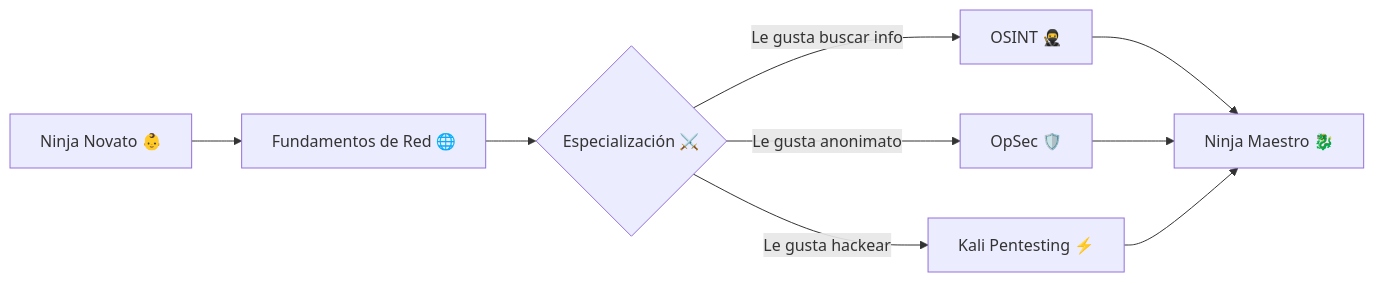
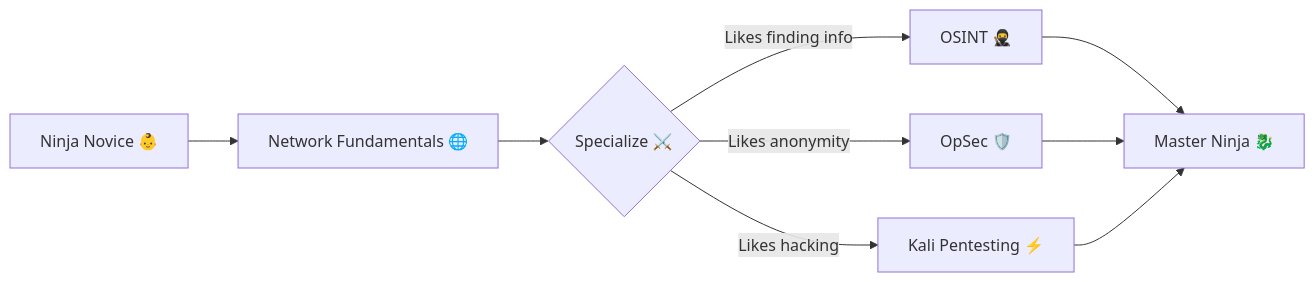
Before and after one commit to yNeoo/yNeoo: the diagram in README.md, drawn with Mermaid. The commit also changed other lines of this file and 4 other files, not shown here.

````diff
--- a/README.md
+++ b/README.md
@@ -80,11 +80,11 @@
 ```mermaid
 graph LR
-    A[Ninja Novato 👶] --> B[Fundamentos de Red 🌐]
-    B --> C{Especialización ⚔️}
-    C -->|Le gusta buscar info| D[OSINT 🥷]
-    C -->|Le gusta anonimato| E[OpSec 🛡️]
-    C -->|Le gusta hackear| F[Kali Pentesting ⚡]
-    D --> G[Ninja Maestro 🐉]
+    A[Ninja Novice 👶] --> B[Network Fundamentals 🌐]
+    B --> C{Specialize ⚔️}
+    C -->|Likes finding info| D[OSINT 🥷]
+    C -->|Likes anonymity| E[OpSec 🛡️]
+    C -->|Likes hacking| F[Kali Pentesting ⚡]
+    D --> G[Master Ninja 🐉]
     E --> G
     F --> G
 ```
````
